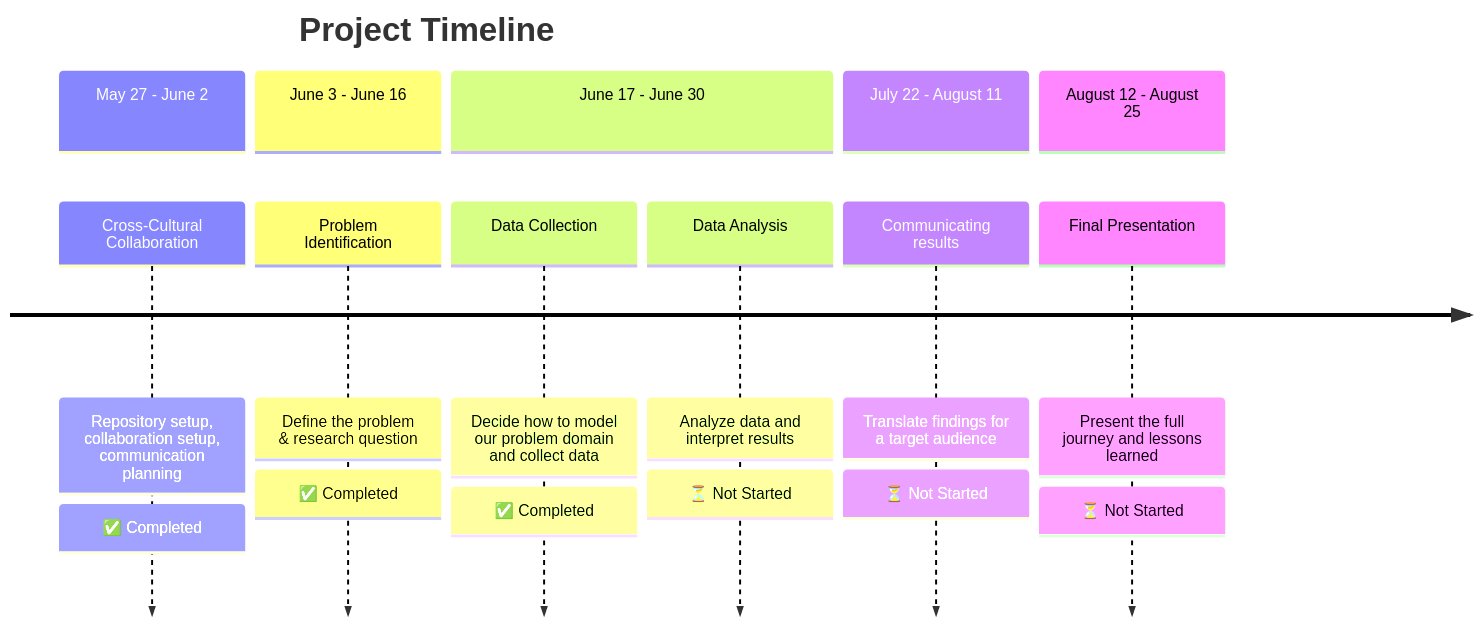
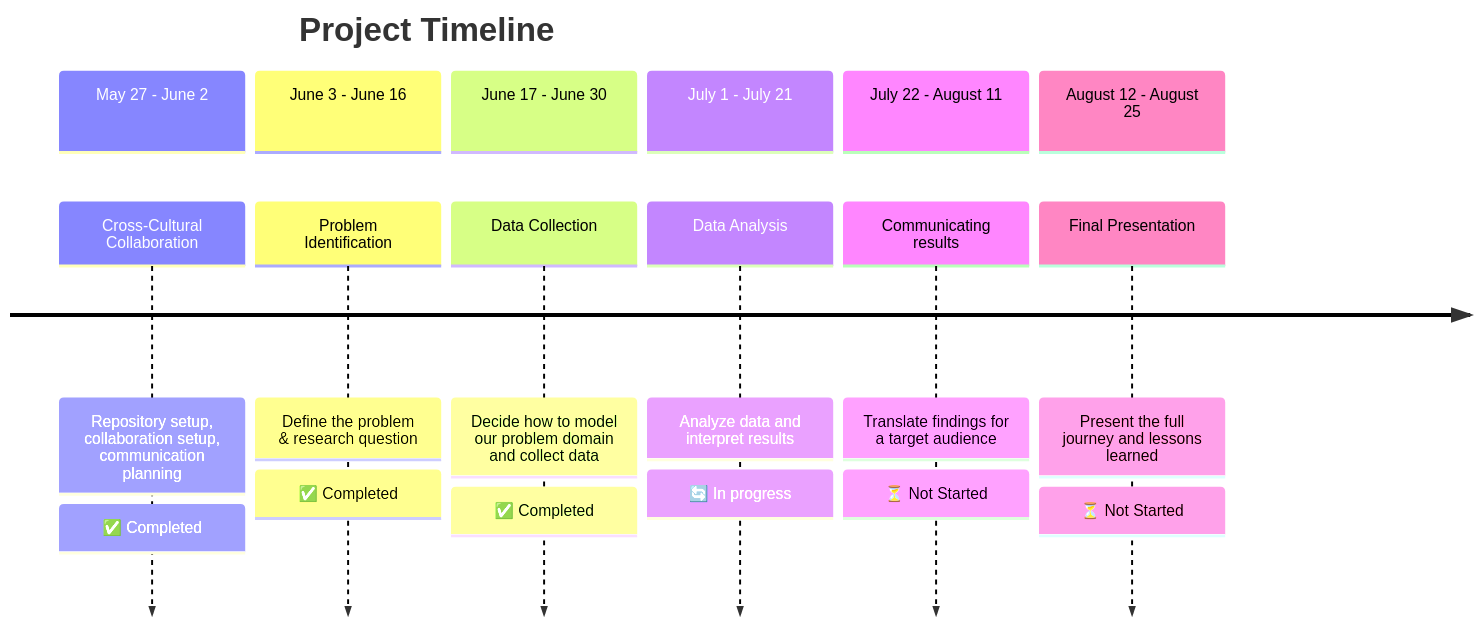
Before and after one commit to MIT-Emerging-Talent/ET6-CDSP-group-08-repo: the diagram in README.md, drawn with Mermaid. The commit also changed other lines of this file, not shown here.

````diff
--- a/README.md
+++ b/README.md
@@ -167,21 +169,22 @@
 ```mermaid
 timeline
     title Project Timeline
     section May 27 - June 2
         Cross-Cultural Collaboration :
             Repository setup, collaboration setup, communication planning : ✅ Completed
     section June 3 - June 16
         Problem Identification :
             Define the problem & research question : ✅ Completed
     section June 17 - June 30
         Data Collection :
             Decide how to model our problem domain and collect data : ✅ Completed
+    section July 1 - July 21
         Data Analysis:
-            Analyze data and interpret results : ⏳ Not Started
+            Analyze data and interpret results : 🔄 In progress
     section July 22 - August 11
         Communicating results:
             Translate findings for a target audience : ⏳ Not Started
     section August 12 - August 25
         Final Presentation:
             Present the full journey and lessons learned : ⏳ Not Started
 ```
````
